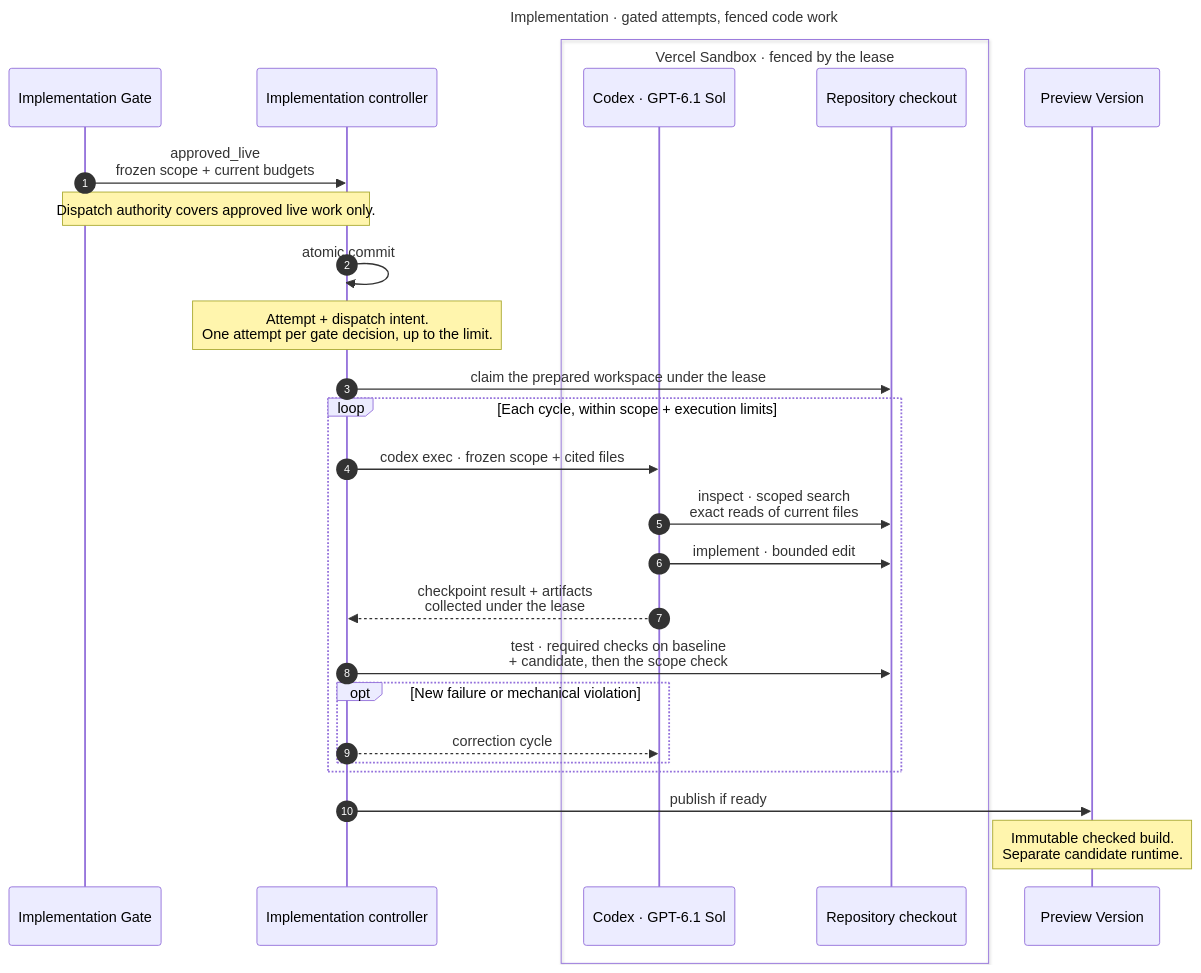
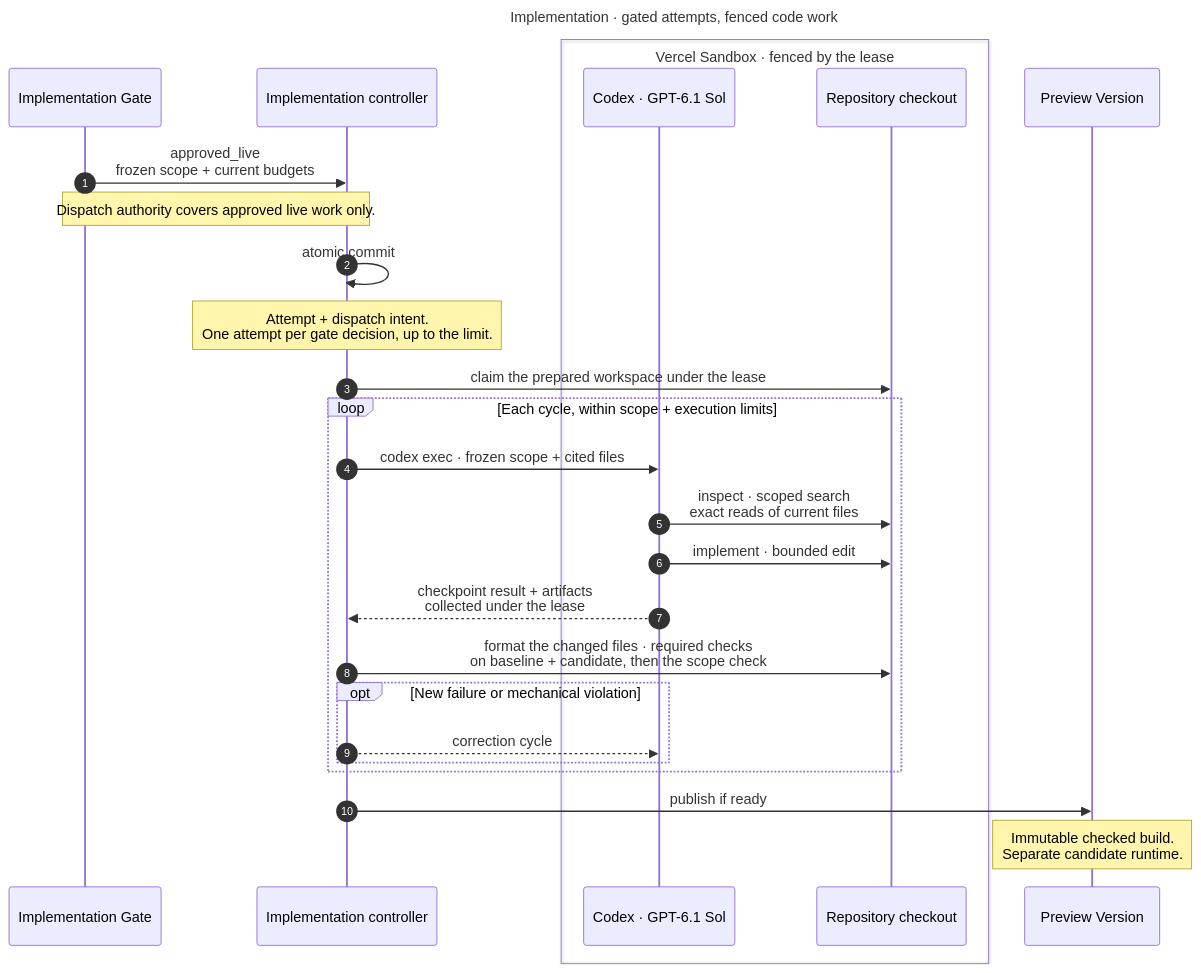
Before and after one commit to rithm84/userTrace: the diagram in docs/diagrams/pele/implementation.mmd, drawn with Mermaid. The commit also changed 8 other files, not shown here.

First line of the commit message:
fix(implementation): format the agent's changed files before the required checks

```diff
--- a/docs/diagrams/pele/implementation.mmd
+++ b/docs/diagrams/pele/implementation.mmd
@@ -1,30 +1,30 @@
 ---
 title: Implementation · gated attempts, fenced code work
 ---
 sequenceDiagram
   autonumber
   participant gate as Implementation Gate
   participant cp as Implementation controller
   box Vercel Sandbox · fenced by the lease
     participant codex as Codex · GPT-6.1 Sol
     participant repo as Repository checkout
   end
   participant pv as Preview Version
 
   gate->>cp: approved_live<br/>frozen scope + current budgets
   Note over gate,cp: Dispatch authority covers approved live work only.
   cp->>cp: atomic commit
   Note over cp: Attempt + dispatch intent.<br/>One attempt per gate decision, up to the limit.
   cp->>repo: claim the prepared workspace under the lease
   loop Each cycle, within scope + execution limits
     cp->>codex: codex exec · frozen scope + cited files
     codex->>repo: inspect · scoped search<br/>exact reads of current files
     codex->>repo: implement · bounded edit
     codex-->>cp: checkpoint result + artifacts<br/>collected under the lease
-    cp->>repo: test · required checks on baseline<br/>+ candidate, then the scope check
+    cp->>repo: format the changed files · required checks<br/>on baseline + candidate, then the scope check
     opt New failure or mechanical violation
       cp-->>codex: correction cycle
     end
   end
   cp->>pv: publish if ready
   Note over pv: Immutable checked build.<br/>Separate candidate runtime.
```
